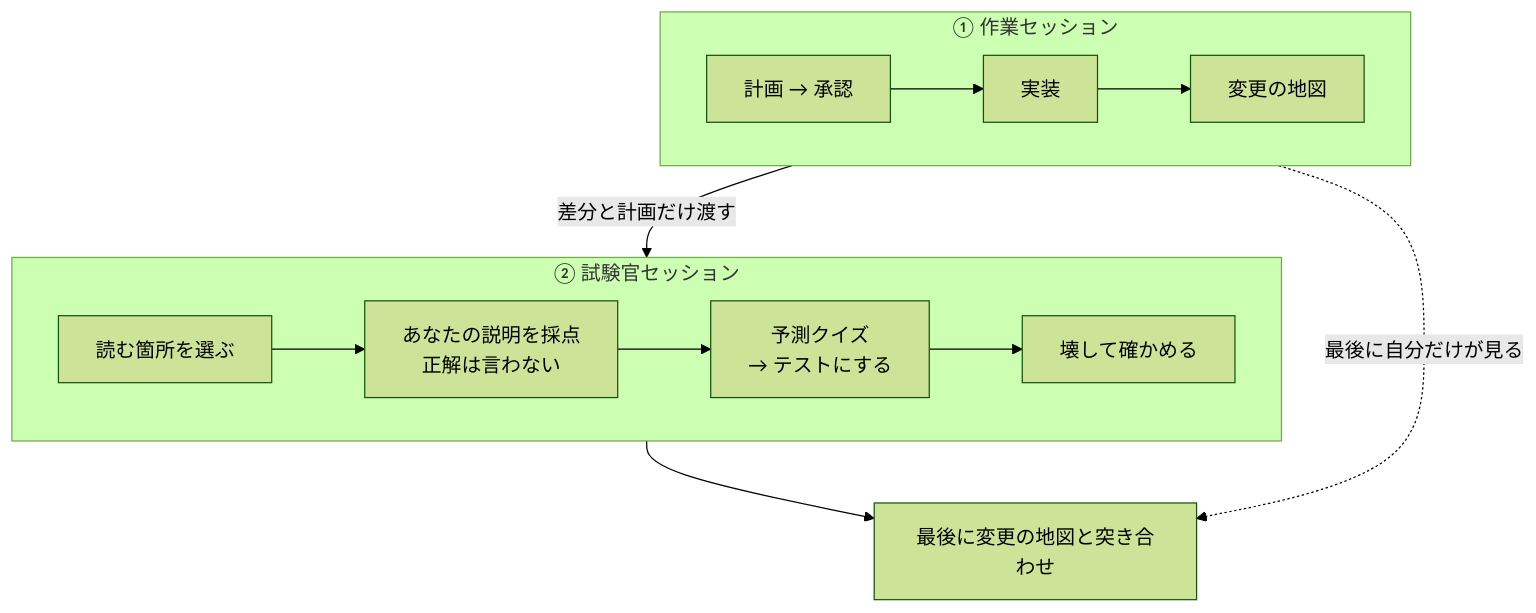
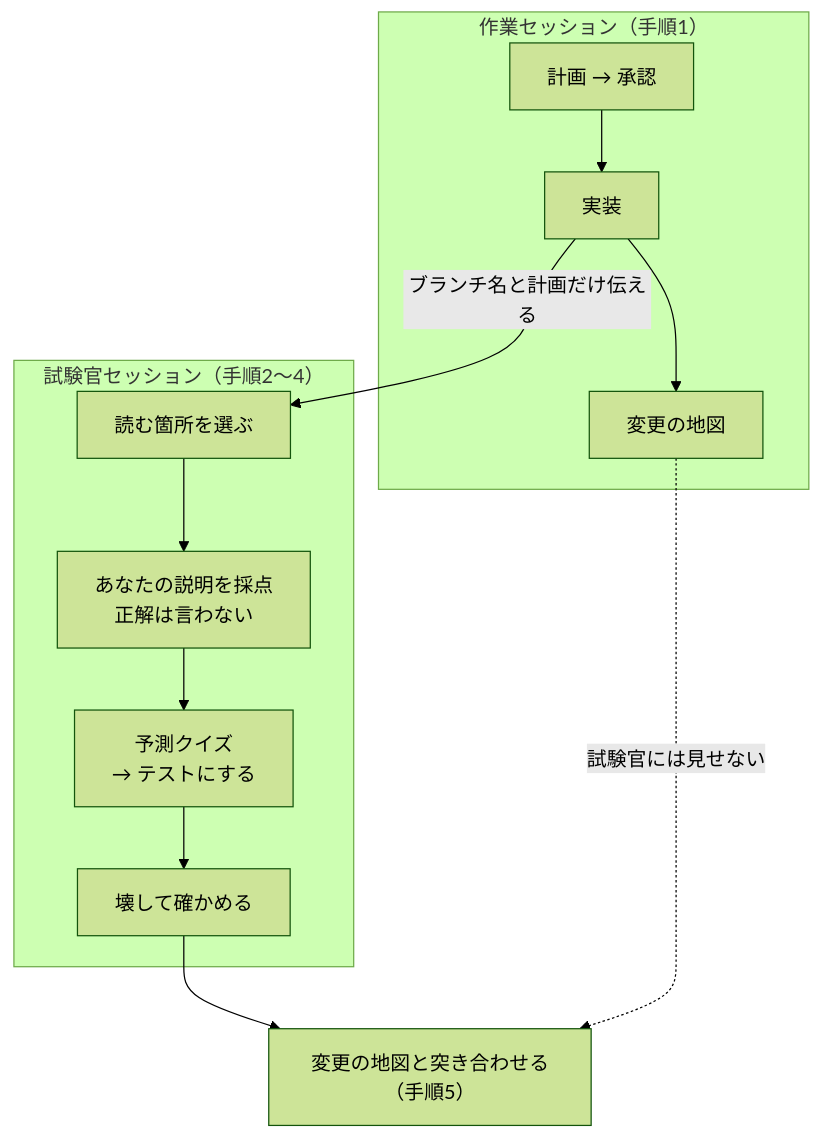
The diagram in README.md (cookkawasaki/dot-claude), drawn with Mermaid (forest theme) before and after one commit. The commit also changed other lines of this file and 1 other file, not shown here.

First line of the commit message:
Apply review: clearer diagram labels, single install guide, skill check

````diff
--- a/README.md
+++ b/README.md
@@ -12,14 +12,12 @@
 ```mermaid
 flowchart TB
-    subgraph A["① 作業セッション"]
-        direction LR
+    subgraph A["作業セッション（手順1）"]
         A1["計画 → 承認"] --> A2["実装"] --> A3["変更の地図"]
     end
-    subgraph B["② 試験官セッション"]
-        direction LR
+    subgraph B["試験官セッション（手順2〜4）"]
         B1["読む箇所を選ぶ"] --> B2["あなたの説明を採点<br>正解は言わない"] --> B3["予測クイズ<br>→ テストにする"] --> B4["壊して確かめる"]
     end
-    A2 -- "差分と計画だけ渡す" --> B1
-    B4 --> C["最後に変更の地図と突き合わせ"]
-    A3 -. "最後に自分だけが見る" .-> C
+    A2 -- "ブランチ名と計画だけ伝える" --> B1
+    B4 --> C["変更の地図と突き合わせる（手順5）"]
+    A3 -. "試験官には見せない" .-> C
 ```
````
